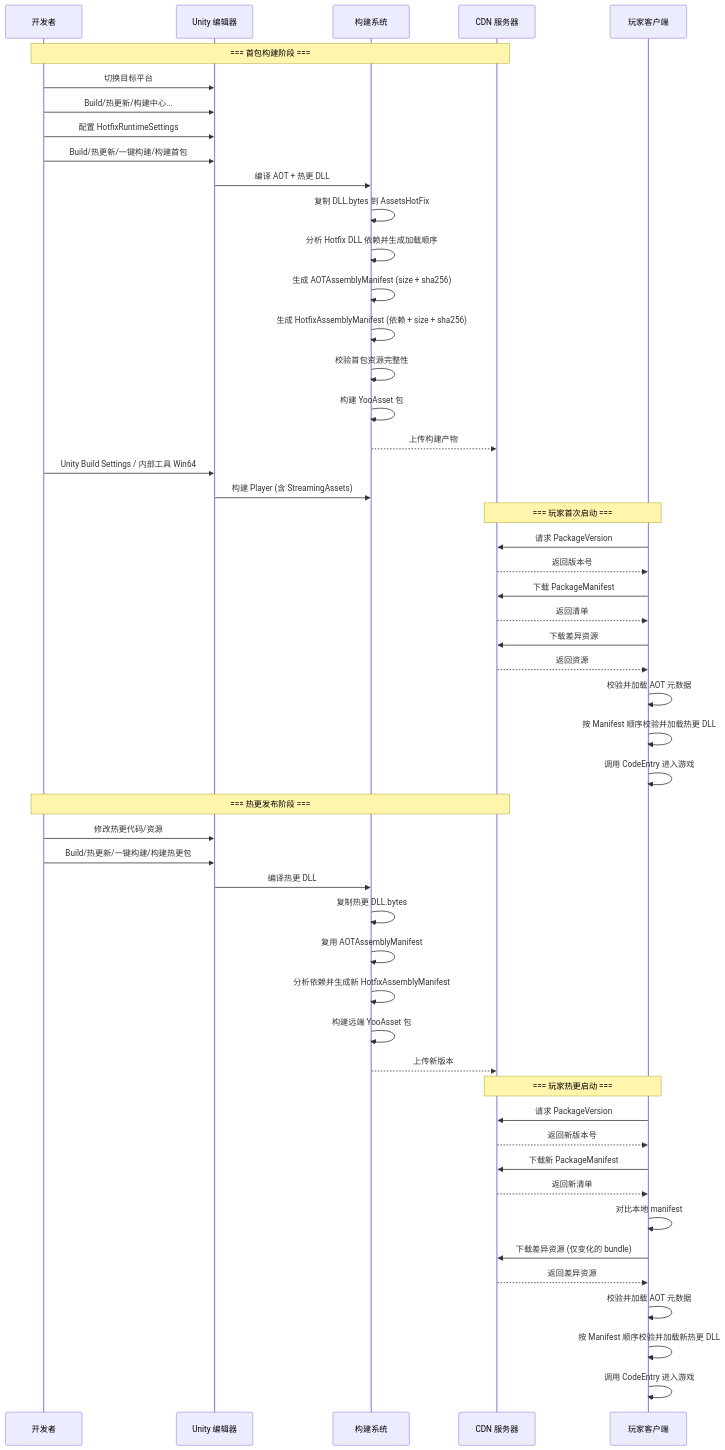
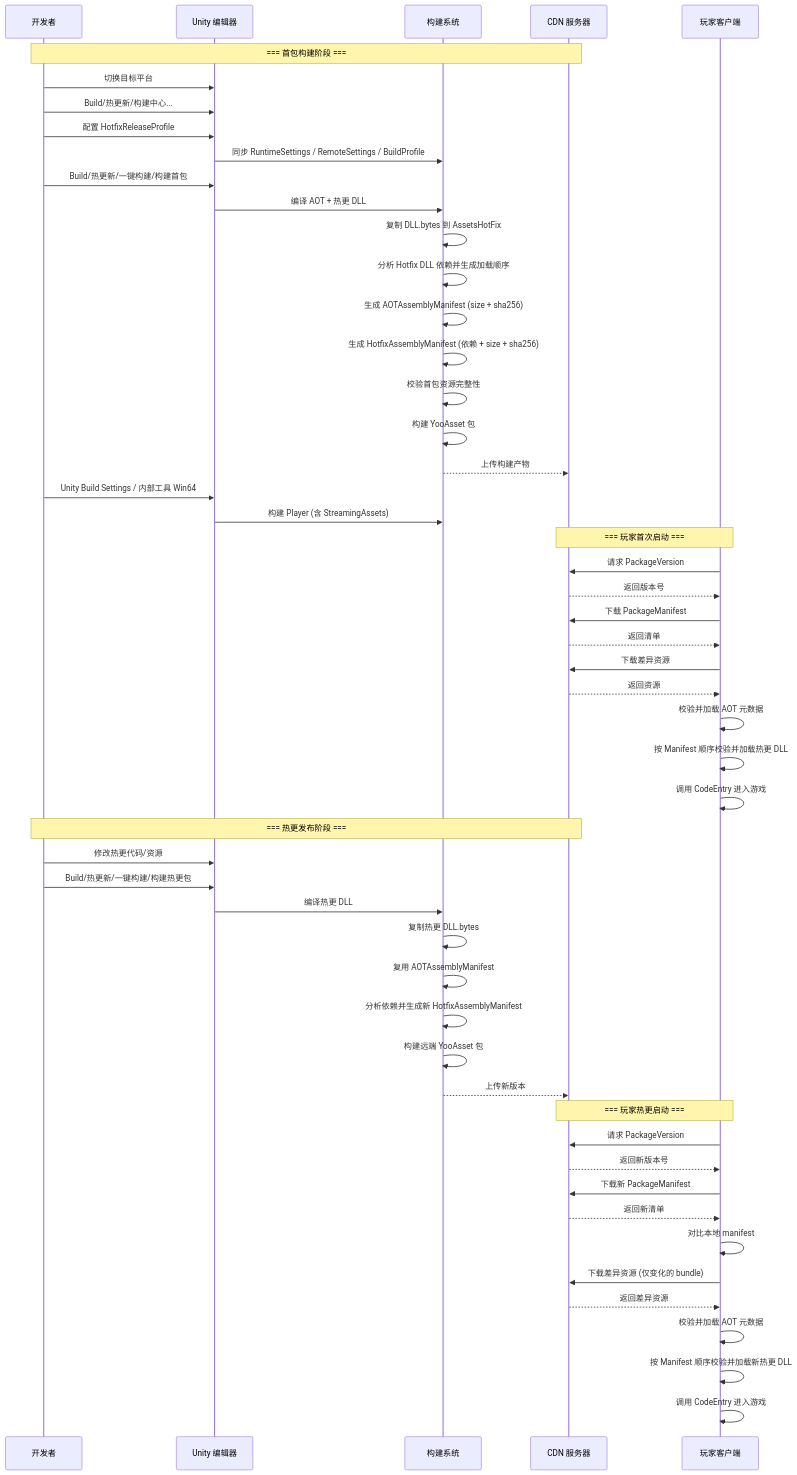
One commit to RyuRae/qframework-hotfix changed the fifth of 5 diagrams in README.md. Above: the diagram before and after it, drawn with Mermaid. The commit also changed other lines of this file and 9 other files, not shown here.

````diff
--- a/README.md
+++ b/README.md
@@ -349,62 +350,63 @@
 ```mermaid
 sequenceDiagram
     participant Dev as 开发者
     participant Unity as Unity 编辑器
     participant Build as 构建系统
     participant CDN as CDN 服务器
     participant Player as 玩家客户端
 
     Note over Dev,CDN: === 首包构建阶段 ===
 
     Dev->>Unity: 切换目标平台
     Dev->>Unity: Build/热更新/构建中心...
-    Dev->>Unity: 配置 HotfixRuntimeSettings
+    Dev->>Unity: 配置 HotfixReleaseProfile
+    Unity->>Build: 同步 RuntimeSettings / RemoteSettings / BuildProfile
     Dev->>Unity: Build/热更新/一键构建/构建首包
     Unity->>Build: 编译 AOT + 热更 DLL
     Build->>Build: 复制 DLL.bytes 到 AssetsHotFix
     Build->>Build: 分析 Hotfix DLL 依赖并生成加载顺序
     Build->>Build: 生成 AOTAssemblyManifest (size + sha256)
     Build->>Build: 生成 HotfixAssemblyManifest (依赖 + size + sha256)
     Build->>Build: 校验首包资源完整性
     Build->>Build: 构建 YooAsset 包
     Build-->>CDN: 上传构建产物
 
     Dev->>Unity: Unity Build Settings / 内部工具 Win64
     Unity->>Build: 构建 Player (含 StreamingAssets)
 
     Note over Player,CDN: === 玩家首次启动 ===
 
     Player->>CDN: 请求 PackageVersion
     CDN-->>Player: 返回版本号
     Player->>CDN: 下载 PackageManifest
     CDN-->>Player: 返回清单
     Player->>CDN: 下载差异资源
     CDN-->>Player: 返回资源
     Player->>Player: 校验并加载 AOT 元数据
     Player->>Player: 按 Manifest 顺序校验并加载热更 DLL
     Player->>Player: 调用 CodeEntry 进入游戏
 
     Note over Dev,CDN: === 热更发布阶段 ===
 
     Dev->>Unity: 修改热更代码/资源
     Dev->>Unity: Build/热更新/一键构建/构建热更包
     Unity->>Build: 编译热更 DLL
     Build->>Build: 复制热更 DLL.bytes
     Build->>Build: 复用 AOTAssemblyManifest
     Build->>Build: 分析依赖并生成新 HotfixAssemblyManifest
     Build->>Build: 构建远端 YooAsset 包
     Build-->>CDN: 上传新版本
 
     Note over Player,CDN: === 玩家热更启动 ===
 
     Player->>CDN: 请求 PackageVersion
     CDN-->>Player: 返回新版本号
     Player->>CDN: 下载新 PackageManifest
     CDN-->>Player: 返回新清单
     Player->>Player: 对比本地 manifest
     Player->>CDN: 下载差异资源 (仅变化的 bundle)
     CDN-->>Player: 返回差异资源
     Player->>Player: 校验并加载 AOT 元数据
     Player->>Player: 按 Manifest 顺序校验并加载新热更 DLL
     Player->>Player: 调用 CodeEntry 进入游戏
 ```
````
